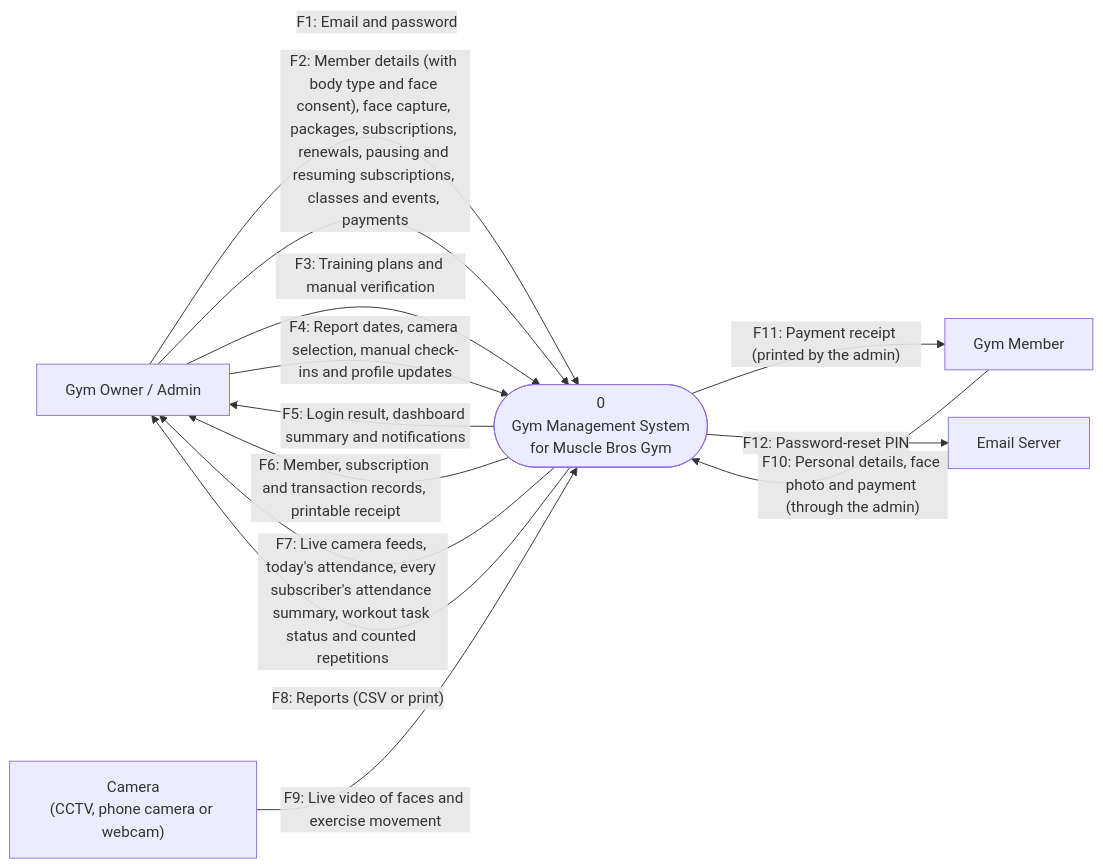
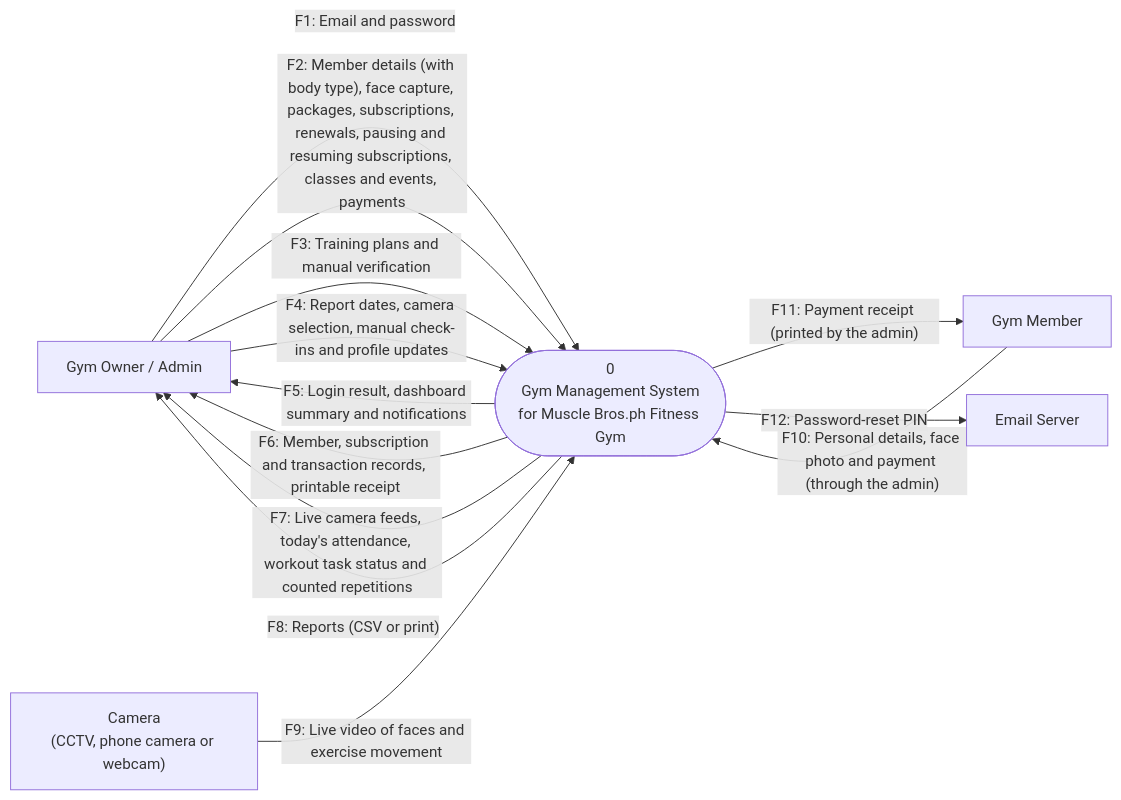
The third of 9 diagrams in Updated Current Plan For Development/Chapter4_Diagrams (2).md (Plonteras191/GYM2-CAPSTONE), drawn with Mermaid before and after one commit. The commit also changed other lines of this file and 73 other files, not shown here.

````diff
--- a/Updated Current Plan For Development/Chapter4_Diagrams (2).md
+++ b/Updated Current Plan For Development/Chapter4_Diagrams (2).md
@@ -171,23 +167,23 @@
 ```mermaid
 flowchart LR
     Admin["Gym Owner / Admin"]
     Camera["Camera<br/>(CCTV, phone camera or webcam)"]
     Member["Gym Member"]
     Mail["Email Server"]
-    System(["0<br/>Gym Management System<br/>for Muscle Bros Gym"])
+    System(["0<br/>Gym Management System<br/>for Muscle Bros.ph Fitness Gym"])
 
     Admin -->|"F1: Email and password"| System
-    Admin -->|"F2: Member details (with body type and face consent), face capture, packages, subscriptions, renewals, pausing and resuming subscriptions, classes and events, payments"| System
+    Admin -->|"F2: Member details (with body type), face capture, packages, subscriptions, renewals, pausing and resuming subscriptions, classes and events, payments"| System
     Admin -->|"F3: Training plans and manual verification"| System
     Admin -->|"F4: Report dates, camera selection, manual check-ins and profile updates"| System
 
     System -->|"F5: Login result, dashboard summary and notifications"| Admin
     System -->|"F6: Member, subscription and transaction records, printable receipt"| Admin
-    System -->|"F7: Live camera feeds, today's attendance, every subscriber's attendance summary, workout task status and counted repetitions"| Admin
+    System -->|"F7: Live camera feeds, today's attendance, workout task status and counted repetitions"| Admin
     System -->|"F8: Reports (CSV or print)"| Admin
 
     Camera -->|"F9: Live video of faces and exercise movement"| System
     Member -->|"F10: Personal details, face photo and payment (through the admin)"| System
     System -->|"F11: Payment receipt (printed by the admin)"| Member
     System -->|"F12: Password-reset PIN"| Mail
 ```
````
